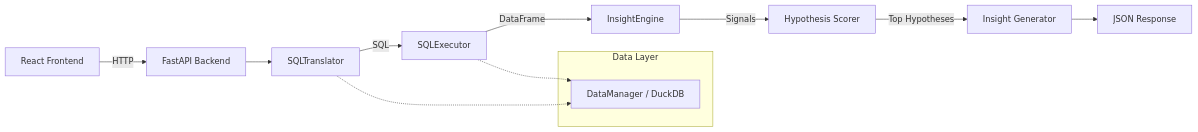
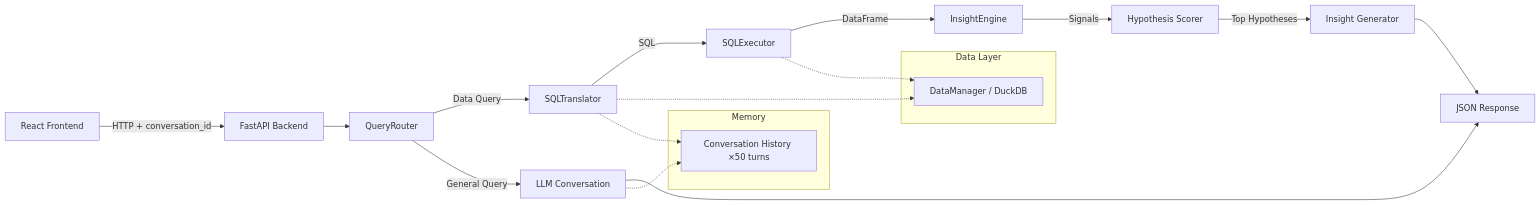
One commit to SiL3nTL00p/shinchan.ai changed the diagram in README.md. Above: the diagram before and after it, drawn with Mermaid. The commit also changed other lines of this file and 4039 other files, not shown here.

````diff
--- a/README.md
+++ b/README.md
@@ -22,16 +28,25 @@
 ```mermaid
 graph LR
-    A[React Frontend] -->|HTTP| B[FastAPI Backend]
-    B --> C[SQLTranslator]
+    A[React Frontend] -->|HTTP + conversation_id| B[FastAPI Backend]
+    B --> R[QueryRouter]
+    R -->|Data Query| C[SQLTranslator]
+    R -->|General Query| L[LLM Conversation]
     C -->|SQL| D[SQLExecutor]
     D -->|DataFrame| E[InsightEngine]
     E -->|Signals| F[Hypothesis Scorer]
     F -->|Top Hypotheses| G[Insight Generator]
     G --> H[JSON Response]
+    L --> H
 
     subgraph "Data Layer"
         I[DataManager / DuckDB]
     end
     D -.-> I
     C -.-> I
+
+    subgraph "Memory"
+        M[Conversation History ×50 turns]
+    end
+    C -.-> M
+    L -.-> M
 ```
````
